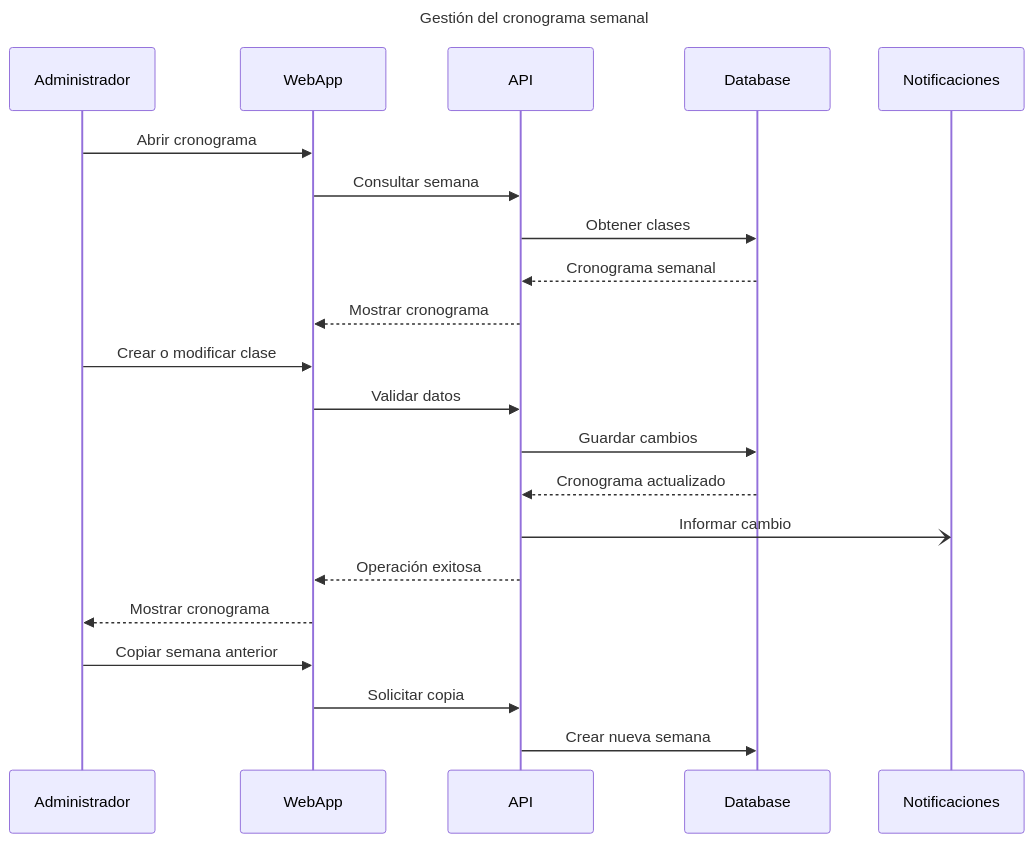
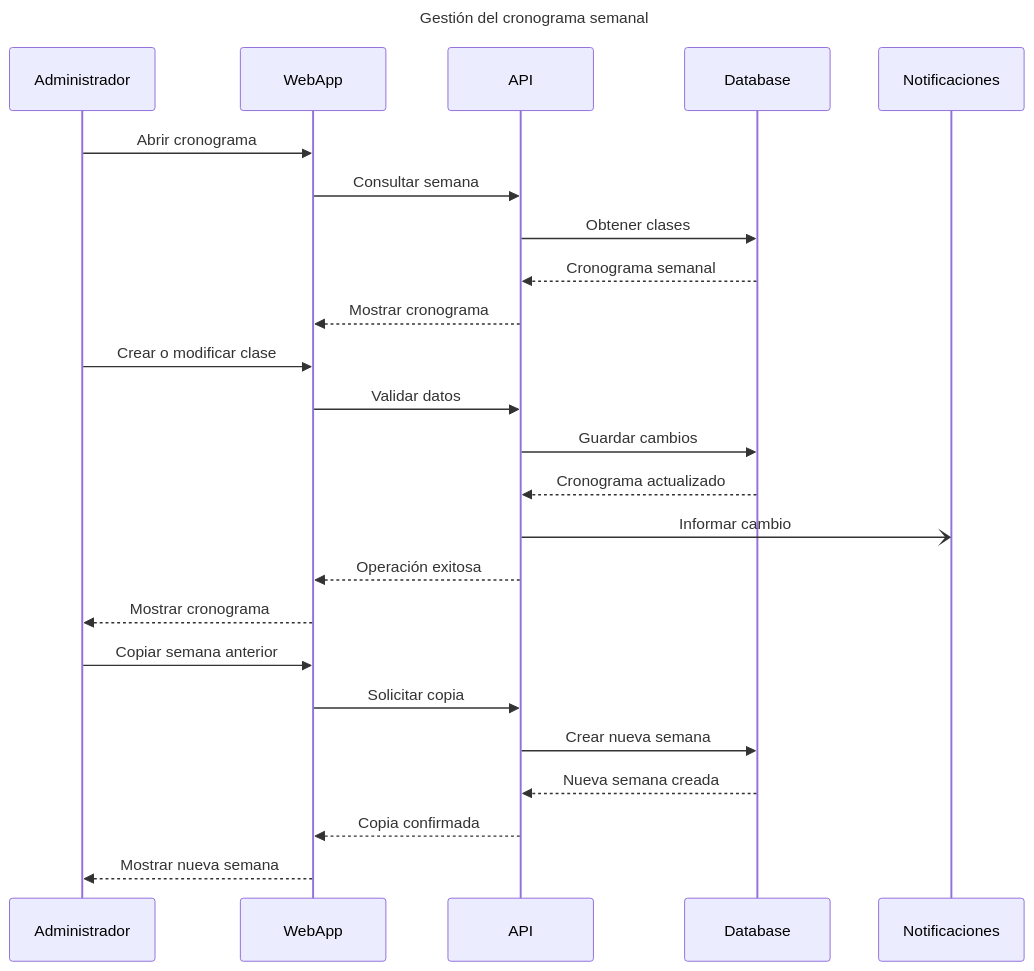
Before and after one commit to MTeamOrg/M-Team: the fifth of 6 diagrams in docs/diagramas-de-secuencia.md, drawn with Mermaid. The commit also changed other lines of this file, not shown here.

Commit message:
docs: add sequence diagrams

````diff
--- a/docs/diagramas-de-secuencia.md
+++ b/docs/diagramas-de-secuencia.md
@@ -125,25 +129,28 @@
 ```mermaid
 sequenceDiagram
     title Gestión del cronograma semanal
     participant Administrador
     participant WebApp
     participant API
     participant Database
     participant Notificaciones
 
     Administrador->>WebApp: Abrir cronograma
     WebApp->>API: Consultar semana
     API->>Database: Obtener clases
     Database-->>API: Cronograma semanal
     API-->>WebApp: Mostrar cronograma
     Administrador->>WebApp: Crear o modificar clase
     WebApp->>API: Validar datos
     API->>Database: Guardar cambios
     Database-->>API: Cronograma actualizado
     API-)Notificaciones: Informar cambio
     API-->>WebApp: Operación exitosa
     WebApp-->>Administrador: Mostrar cronograma
     Administrador->>WebApp: Copiar semana anterior
     WebApp->>API: Solicitar copia
     API->>Database: Crear nueva semana
+    Database-->>API: Nueva semana creada
+    API-->>WebApp: Copia confirmada
+    WebApp-->>Administrador: Mostrar nueva semana
 ```
````
